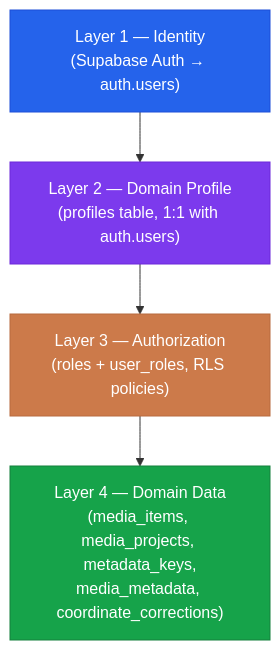
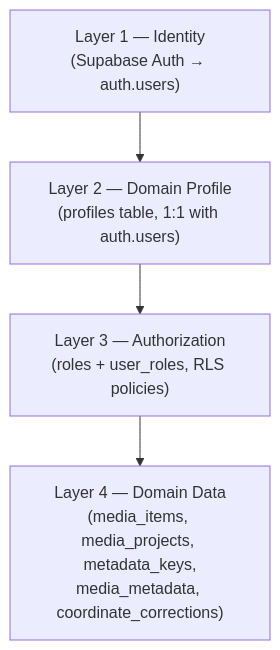
One commit to matkleve/feldpost changed the second of 11 diagrams in docs/architecture.md. Above: the diagram before and after it, drawn with Mermaid. The commit also changed other lines of this file and 29 other files, not shown here.

````diff
--- a/docs/architecture.md
+++ b/docs/architecture.md
@@ -80,16 +78,11 @@
 ```mermaid
 graph TD
   L1["Layer 1 — Identity<br/>(Supabase Auth → auth.users)"]
   L2["Layer 2 — Domain Profile<br/>(profiles table, 1:1 with auth.users)"]
   L3["Layer 3 — Authorization<br/>(roles + user_roles, RLS policies)"]
   L4["Layer 4 — Domain Data<br/>(media_items, media_projects, metadata_keys,<br/>media_metadata, coordinate_corrections)"]
 
   L1 --> L2
   L2 --> L3
   L3 --> L4
-
-  style L1 fill:#2563EB,stroke:#1D4ED8,color:#fff
-  style L2 fill:#7C3AED,stroke:#6D28D9,color:#fff
-  style L3 fill:#CC7A4A,stroke:#B86B3E,color:#fff
-  style L4 fill:#16A34A,stroke:#15803D,color:#fff
 ```
````
